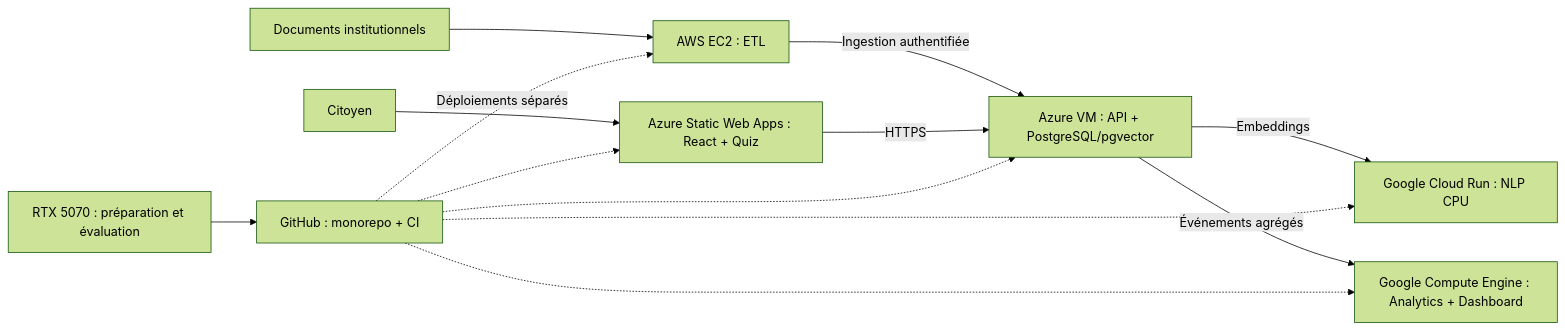
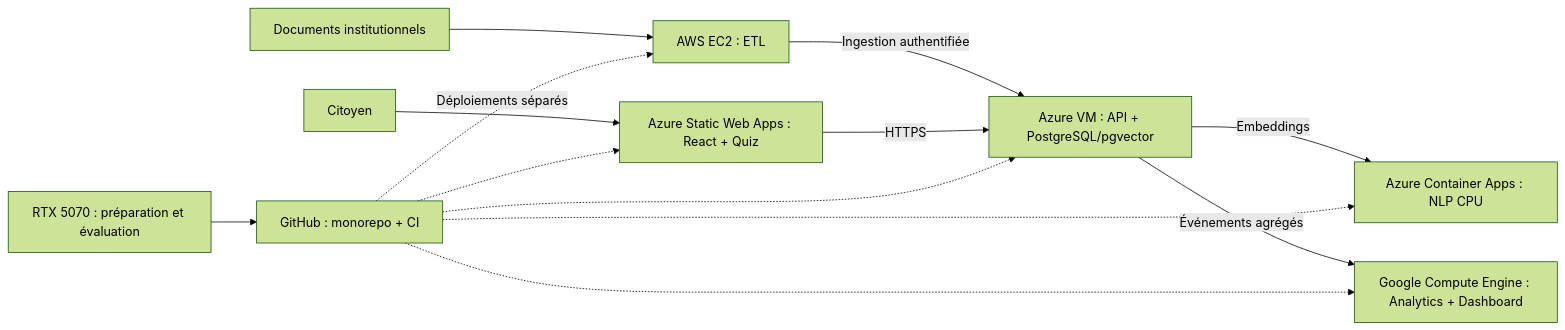
The diagram in commun/docs/architecture.md (BADR-JOULAlI/sawtna-ai), drawn with Mermaid (forest theme) before and after one commit. The commit also changed other lines of this file and 6 other files, not shown here.

Commit message:
docs: move NLP deployment from Cloud Run to Azure Container Apps

```diff
--- a/commun/docs/architecture.md
+++ b/commun/docs/architecture.md
@@ -5,15 +5,15 @@
 ~~~mermaid
 flowchart LR
   Docs[Documents institutionnels] --> ETL[AWS EC2 : ETL]
   ETL -->|Ingestion authentifiée| API[Azure VM : API + PostgreSQL/pgvector]
   Citizen[Citoyen] --> Web[Azure Static Web Apps : React + Quiz]
   Web -->|HTTPS| API
-  API -->|Embeddings| NLP[Google Cloud Run : NLP CPU]
+  API -->|Embeddings| NLP[Azure Container Apps : NLP CPU]
   API -->|Événements agrégés| KPI[Google Compute Engine : Analytics + Dashboard]
   Local[RTX 5070 : préparation et évaluation] --> Git[GitHub : monorepo + CI]
   Git -.Déploiements séparés.-> ETL
   Git -.-> API
   Git -.-> NLP
   Git -.-> Web
   Git -.-> KPI
 ~~~
```
